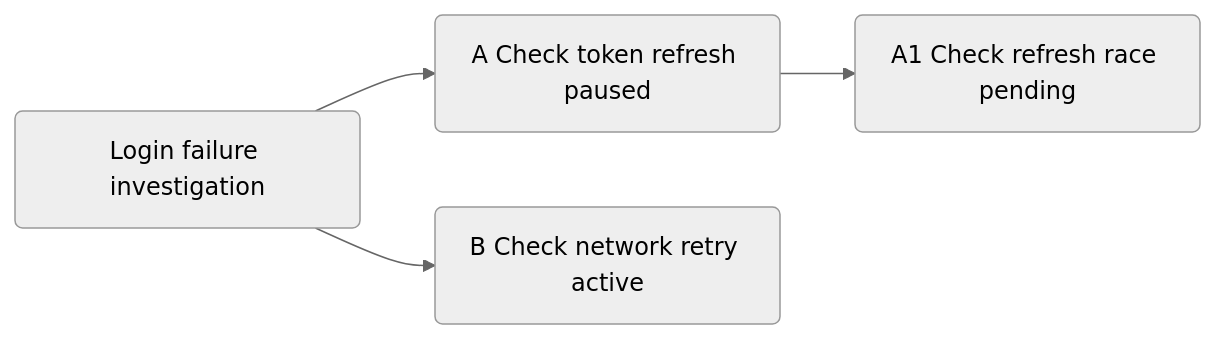
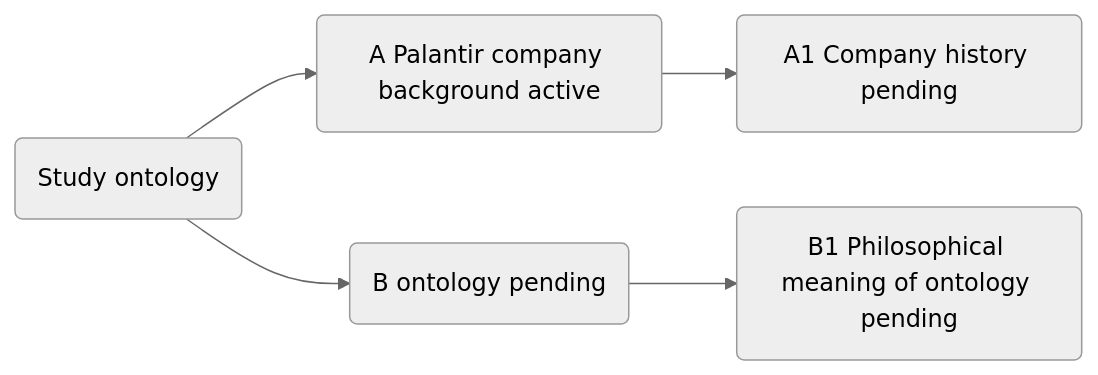
One commit to tang0758/trailmap-skill changed the diagram in docs/USAGE.md. Above: the diagram before and after it, drawn with Mermaid (neutral theme). The commit also changed other lines of this file and 4 other files, not shown here.

````diff
--- a/docs/USAGE.md
+++ b/docs/USAGE.md
@@ -207,5 +327,6 @@
 ```mermaid
 graph LR
-  root("Login failure investigation") --> A("A Check token refresh paused") & B("B Check network retry active")
-  A --> A1("A1 Check refresh race pending")
+  root("Study ontology") --> A("A Palantir company background active") & B("B ontology pending")
+  A --> A1("A1 Company history pending")
+  B --> B1("B1 Philosophical meaning of ontology pending")
 ```
````
